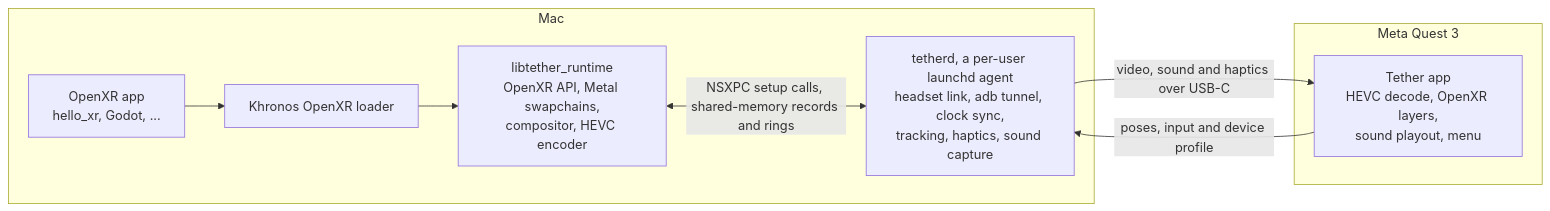
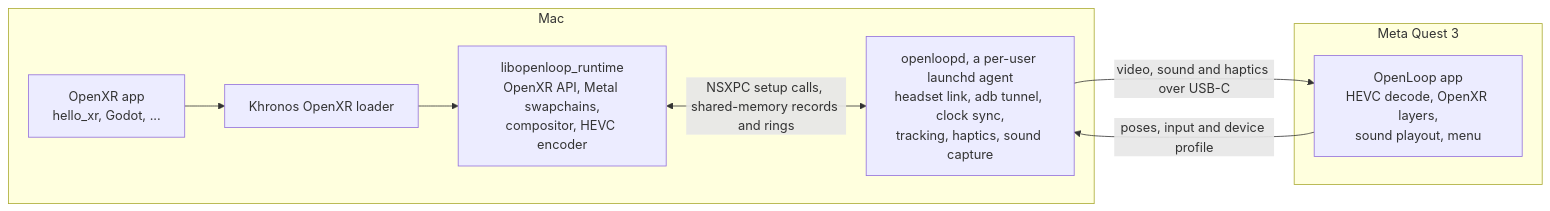
One commit to sosweetham/openloop changed the diagram in README.md. Above: the diagram before and after it, drawn with Mermaid. The commit also changed other lines of this file and 130 other files, not shown here.

First line of the commit message:
Rename Tether to OpenLoop

````diff
--- a/README.md
+++ b/README.md
@@ -351,16 +351,16 @@
 ```mermaid
 flowchart LR
     subgraph mac["Mac"]
         app["OpenXR app<br/>hello_xr, Godot, ..."]
         loader["Khronos OpenXR loader"]
-        runtime["libtether_runtime<br/>OpenXR API, Metal swapchains,<br/>compositor, HEVC encoder"]
-        tetherd["tetherd, a per-user launchd agent<br/>headset link, adb tunnel, clock sync,<br/>tracking, haptics, sound capture"]
+        runtime["libopenloop_runtime<br/>OpenXR API, Metal swapchains,<br/>compositor, HEVC encoder"]
+        openloopd["openloopd, a per-user launchd agent<br/>headset link, adb tunnel, clock sync,<br/>tracking, haptics, sound capture"]
         app --> loader --> runtime
-        runtime <-->|NSXPC setup calls, shared-memory records and rings| tetherd
+        runtime <-->|NSXPC setup calls, shared-memory records and rings| openloopd
     end
     subgraph quest["Meta Quest 3"]
-        client["Tether app<br/>HEVC decode, OpenXR layers,<br/>sound playout, menu"]
+        client["OpenLoop app<br/>HEVC decode, OpenXR layers,<br/>sound playout, menu"]
     end
-    tetherd -->|video, sound and haptics over USB-C| client
-    client -->|poses, input and device profile| tetherd
+    openloopd -->|video, sound and haptics over USB-C| client
+    client -->|poses, input and device profile| openloopd
 ```
````
